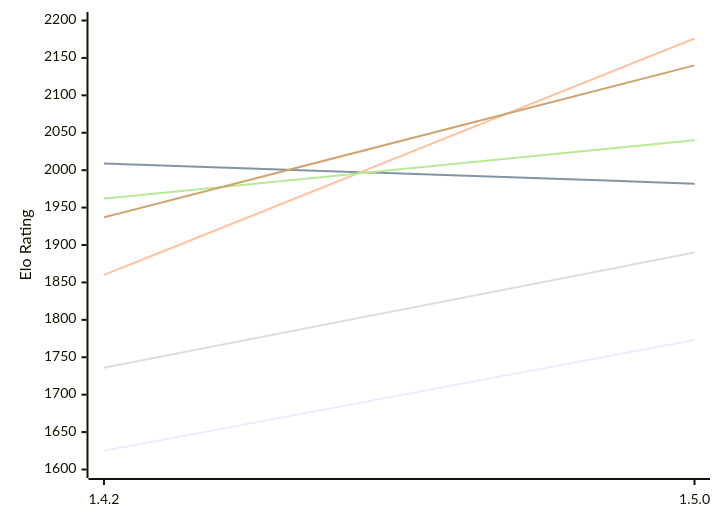
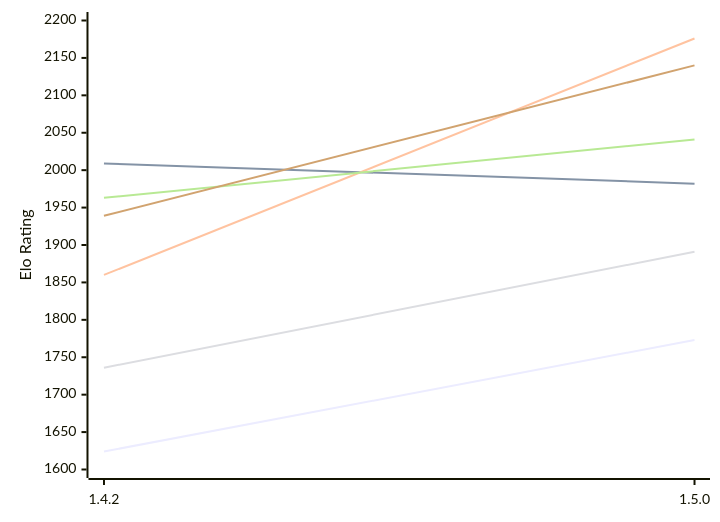
The first of 2 diagrams in engines/Zeppelin.md (computer-chess-index/cci), drawn with Mermaid before and after one commit. The commit also changed other lines of this file, not shown here.

Commit message:
Update CCI Ratings (ELO VLTC) - 2026-11-27

````diff
--- a/engines/Zeppelin.md
+++ b/engines/Zeppelin.md
@@ -57,12 +57,12 @@
 ```mermaid
 %%{init: {"theme":"base","themeVariables":{"seriesColors:['#a3a3a3','#222221','#faa371']}}}%%
 xychart-beta
   x-axis ["1.4.2", "1.5.0"]
   y-axis "Elo Rating" 1600 --> 2200
-  line "E1: STC (8.0+0.08s)" [1625, 1773]
+  line "E1: STC (8.0+0.08s)" [1624, 1773]
   line "E1: LTC (60.0+0.60s)" [2009, 1982]
   line "E1: VLTC (2m24s+1.12s)" [1860, 2176]
-  line "P1: STC (8.0+0.08s)" [1736, 1890]
-  line "P1: LTC (60.0+0.60s)" [1962, 2040]
-  line "P1: VLTC (2m24s+1.12s)" [1937, 2140]
+  line "P1: STC (8.0+0.08s)" [1736, 1891]
+  line "P1: LTC (60.0+0.60s)" [1963, 2041]
+  line "P1: VLTC (2m24s+1.12s)" [1939, 2140]
 ```
````
